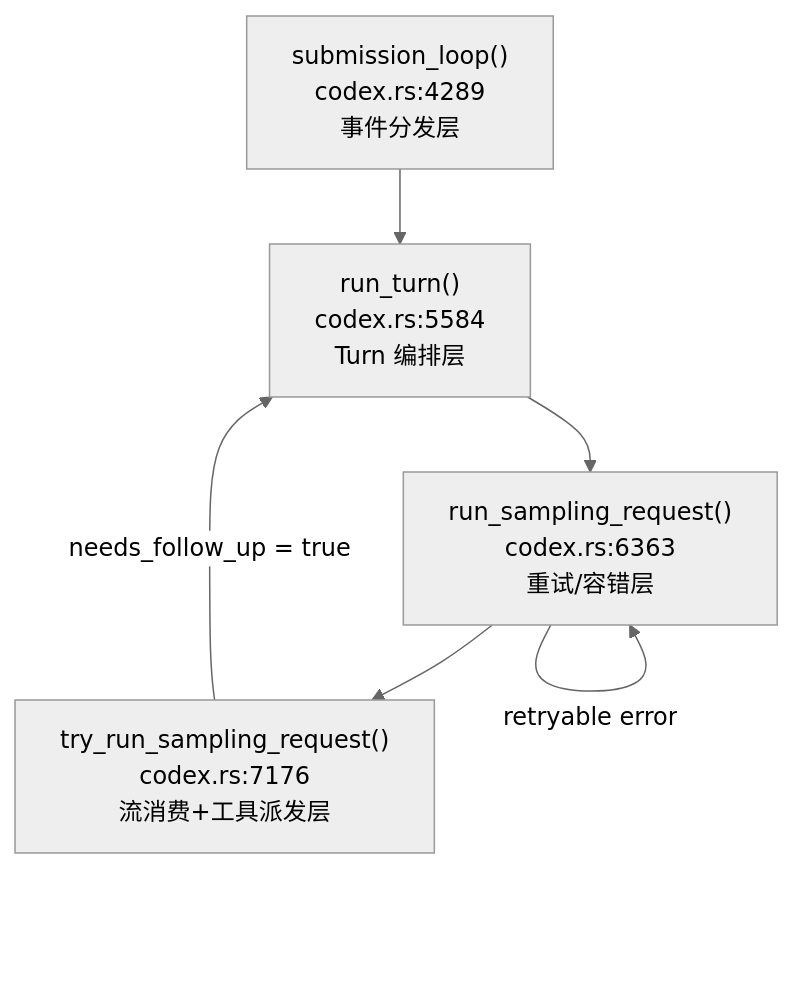
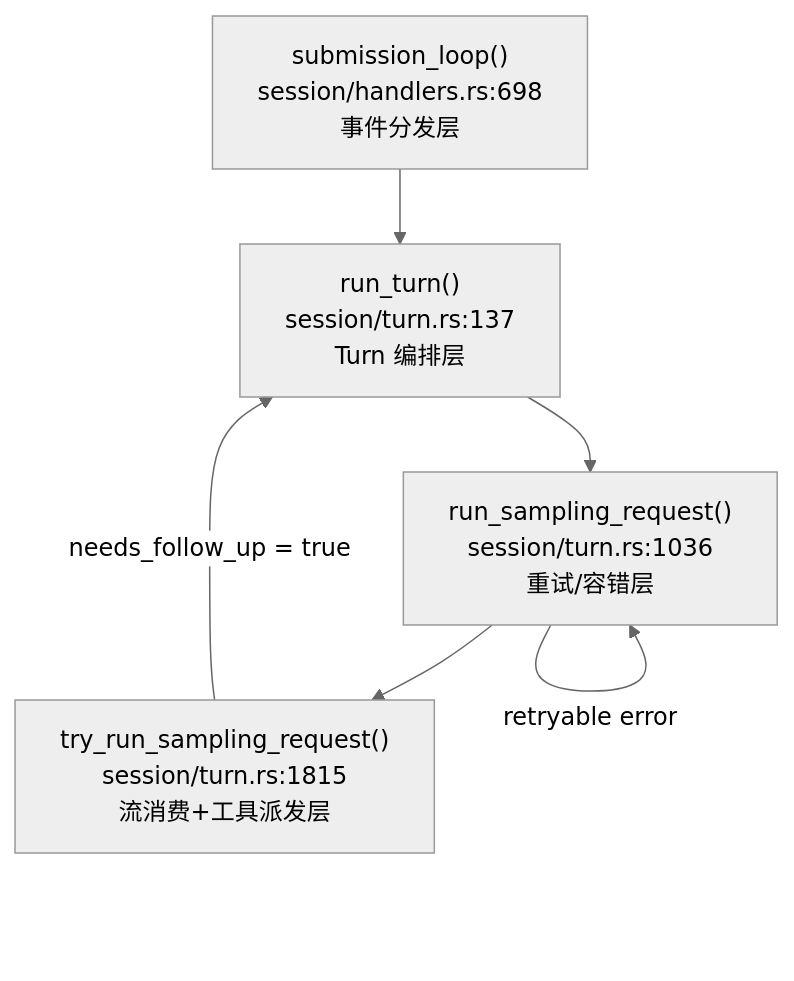
One commit to feuyeux/hello-olleh changed the second of 4 diagrams in docs/hello-harness/13-agent-loop.md. Above: the diagram before and after it, drawn with Mermaid. The commit also changed other lines of this file and 78 other files, not shown here.

````diff
--- a/docs/hello-harness/13-agent-loop.md
+++ b/docs/hello-harness/13-agent-loop.md
@@ -280,12 +280,12 @@
 ```mermaid
 ---
 config:
   theme: neutral
 ---
 flowchart TB
-    L1["submission_loop()<br/>codex.rs:4289<br/>事件分发层"] --> L2["run_turn()<br/>codex.rs:5584<br/>Turn 编排层"]
-    L2 --> L3["run_sampling_request()<br/>codex.rs:6363<br/>重试/容错层"]
-    L3 --> L4["try_run_sampling_request()<br/>codex.rs:7176<br/>流消费+工具派发层"]
+    L1["submission_loop()<br/>session/handlers.rs:698<br/>事件分发层"] --> L2["run_turn()<br/>session/turn.rs:137<br/>Turn 编排层"]
+    L2 --> L3["run_sampling_request()<br/>session/turn.rs:1036<br/>重试/容错层"]
+    L3 --> L4["try_run_sampling_request()<br/>session/turn.rs:1815<br/>流消费+工具派发层"]
     L4 -->|"needs_follow_up = true"| L2
     L3 -->|"retryable error"| L3
 ```
````
